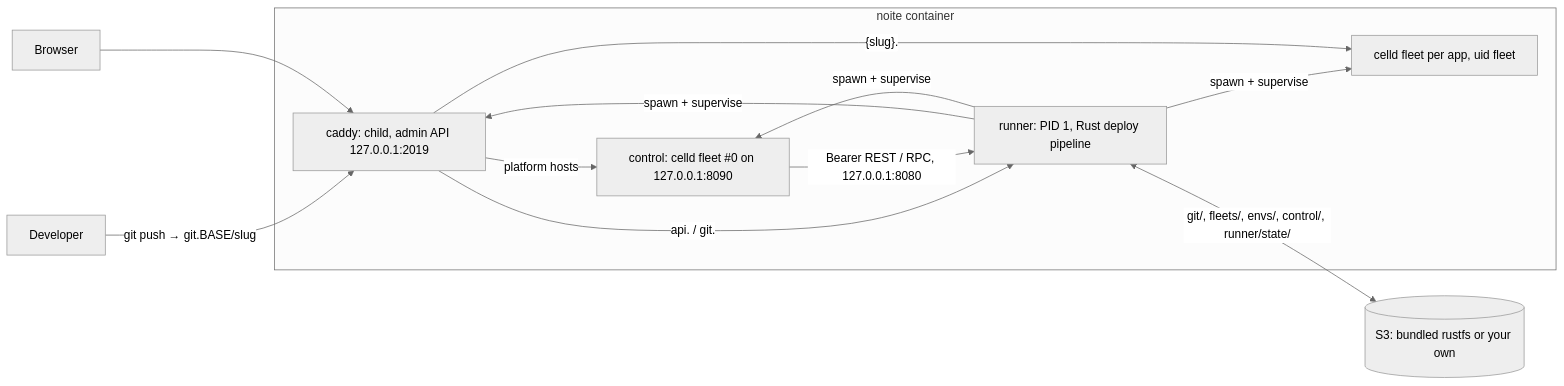
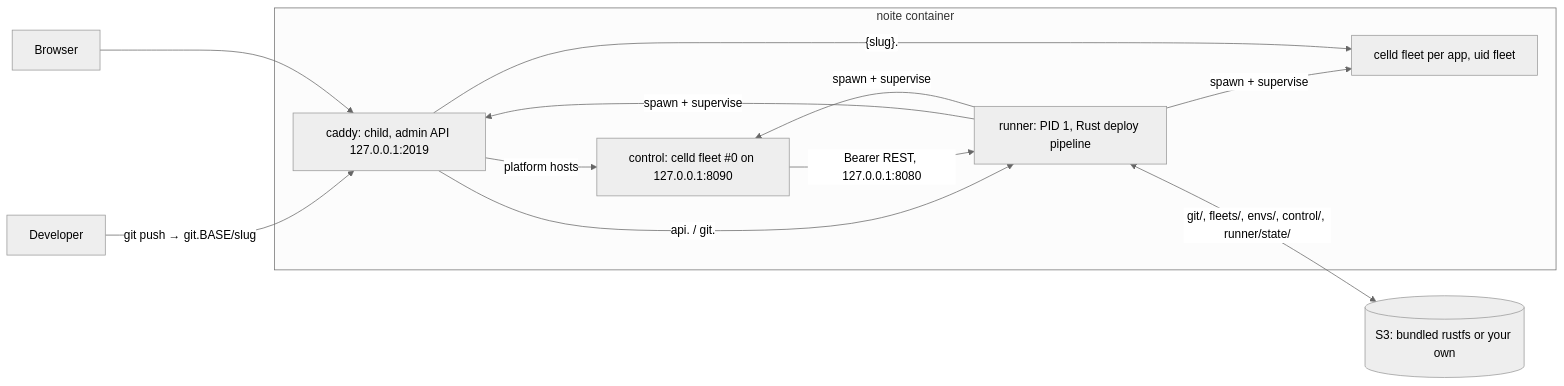
Before and after one commit to ryuzcorp/noite: the diagram in SPEC.md, drawn with Mermaid (neutral theme). The commit also changed other lines of this file and 68 other files, not shown here.

First line of the commit message:
chore(runner): remove the JSON-RPC mirror, migrate every caller to /v1 (#311)

````diff
--- a/SPEC.md
+++ b/SPEC.md
@@ -23,19 +23,19 @@
 ```mermaid
 flowchart LR
   dev[Developer] -->|git push → git.BASE/slug| edge
   user[Browser] --> edge
   subgraph noite[noite container]
     runner[runner: PID 1, Rust deploy pipeline]
     edge[caddy: child, admin API 127.0.0.1:2019]
     control[control: celld fleet #0 on 127.0.0.1:8090]
     fleet[celld fleet per app, uid fleet]
     runner -->|spawn + supervise| edge
     runner -->|spawn + supervise| control
     runner -->|spawn + supervise| fleet
     edge -->|platform hosts| control
     edge -->|api. / git.| runner
     edge -->|"{slug}."| fleet
-    control -->|Bearer REST / RPC, 127.0.0.1:8080| runner
+    control -->|Bearer REST, 127.0.0.1:8080| runner
   end
   runner <-->|git/, fleets/, envs/, control/, runner/state/| s3[(S3: bundled rustfs or your own)]
 ```
````
